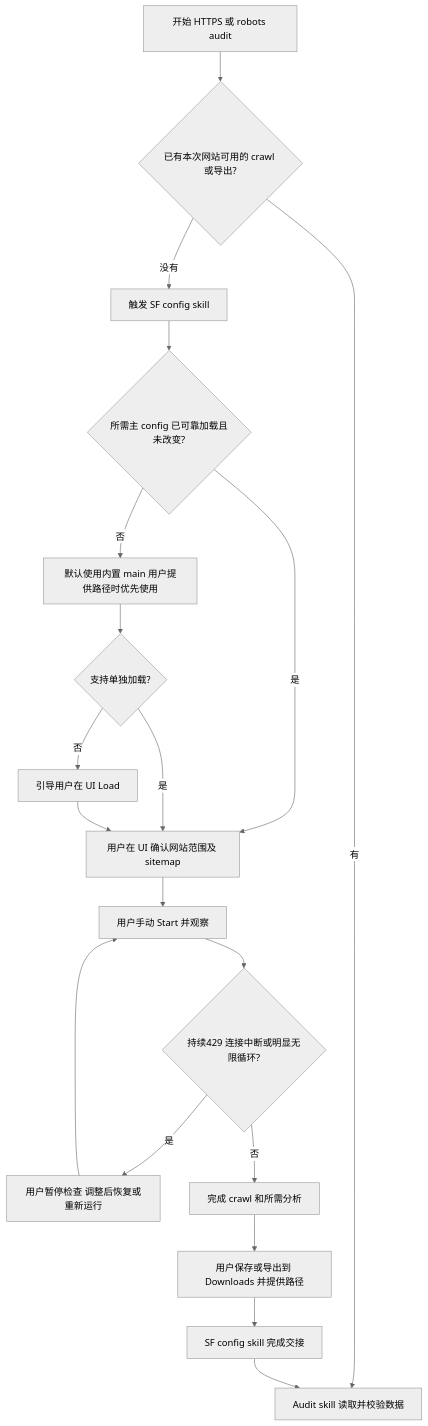
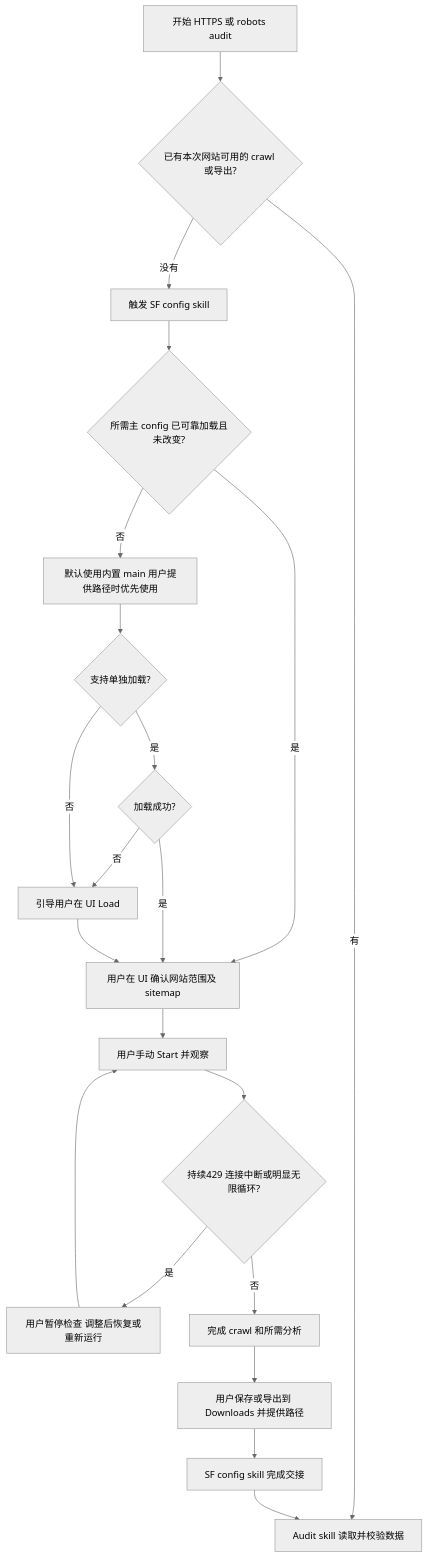
Before and after one commit to timn-firstpage/On-_site_SF_shared_config: the first of 2 diagrams in README.md, drawn with Mermaid (neutral theme). The commit also changed other lines of this file and 3 other files, not shown here.

````diff
--- a/README.md
+++ b/README.md
@@ -9,21 +9,23 @@
 ```mermaid
 flowchart TD
     A[开始 HTTPS 或 robots audit] --> B{已有本次网站可用的 crawl 或导出?}
     B -- 有 --> J[Audit skill 读取并校验数据]
     B -- 没有 --> C[触发 SF config skill]
     C --> D{所需主 config 已可靠加载且未改变?}
     D -- 是 --> F[用户在 UI 确认网站范围及 sitemap]
     D -- 否 --> E[默认使用内置 main 用户提供路径时优先使用]
     E --> E2{支持单独加载?}
-    E2 -- 是 --> F
+    E2 -- 是 --> N{加载成功?}
+    N -- 是 --> F
+    N -- 否 --> E3
     E2 -- 否 --> E3[引导用户在 UI Load]
     E3 --> F
     F --> G[用户手动 Start 并观察]
     G --> H{持续429 连接中断或明显无限循环?}
     H -- 是 --> I[用户暂停检查 调整后恢复或重新运行]
     I --> G
     H -- 否 --> K[完成 crawl 和所需分析]
     K --> L[用户保存或导出到 Downloads 并提供路径]
     L --> M[SF config skill 完成交接]
     M --> J
 ```
````
